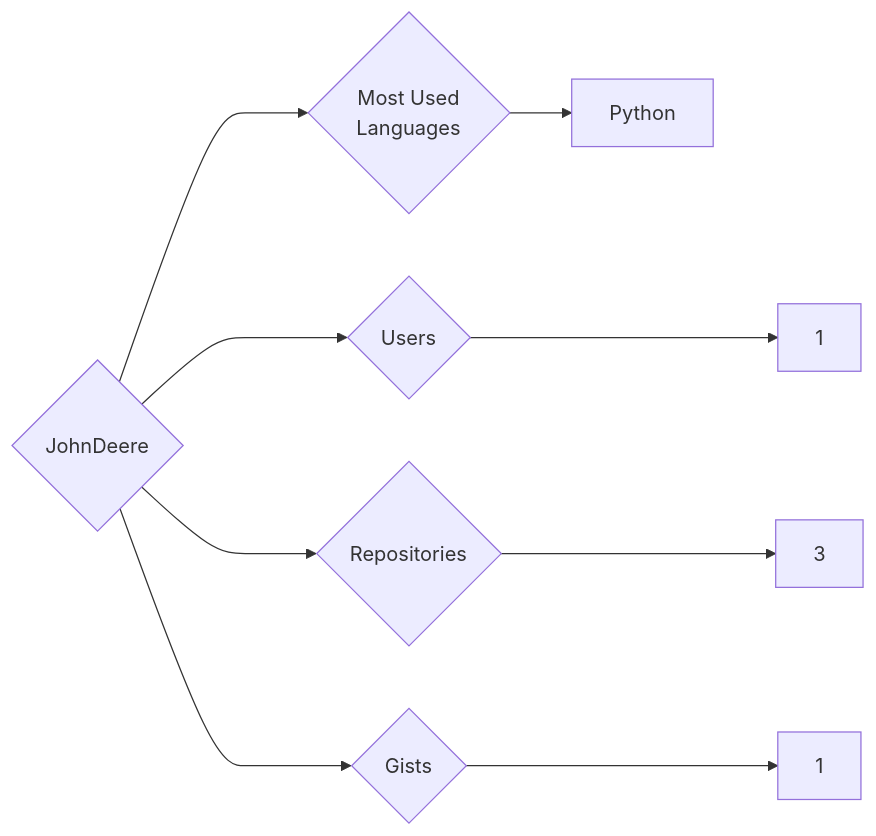
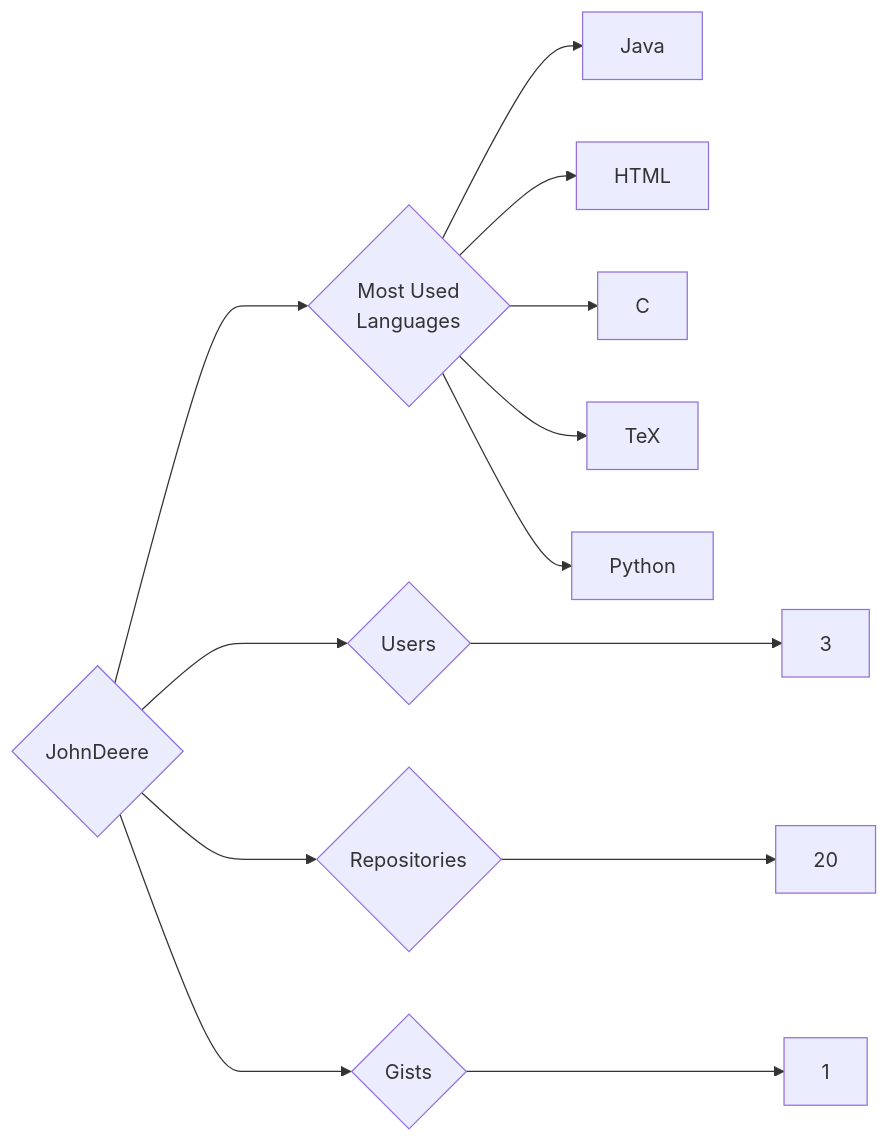
One commit to trickest/insiders changed the diagram in targets/JohnDeere/README.md. Above: the diagram before and after it, drawn with Mermaid. The commit also changed 745 other files, not shown here.

````diff
--- a/targets/JohnDeere/README.md
+++ b/targets/JohnDeere/README.md
@@ -3,9 +3,13 @@
 ```mermaid
 graph LR
 COMPANY_NAME{JohnDeere}
-COMPANY_NAME ---> U{Users} ---> UN[1]
-COMPANY_NAME ---> R{Repositories} ---> RN[3]
+COMPANY_NAME ---> U{Users} ---> UN[3]
+COMPANY_NAME ---> R{Repositories} ---> RN[20]
 COMPANY_NAME ---> G{Gists} ---> GN[1]
 COMPANY_NAME ---> ML{Most Used<br>Languages}
+ML --> Java[Java]
+ML --> HTML[HTML]
+ML --> C[C]
+ML --> TeX[TeX]
 ML --> Python[Python]
 ```
````
